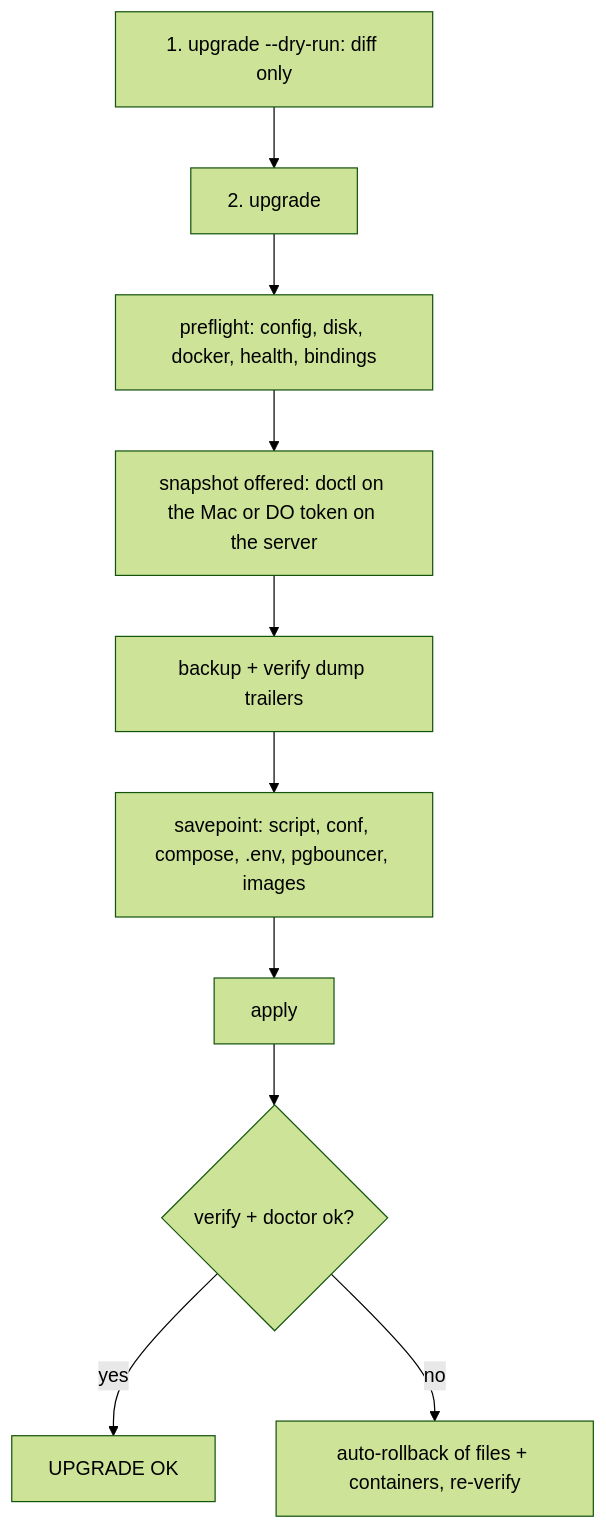
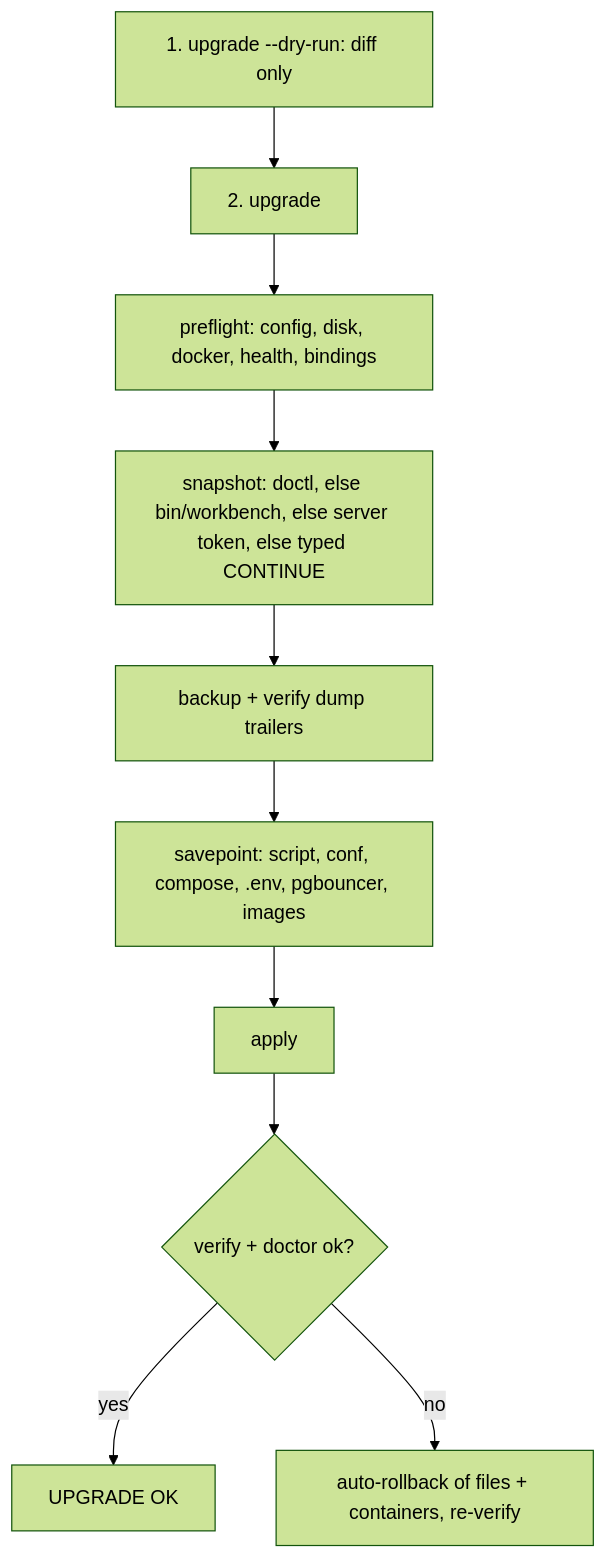
The diagram in docs/recipes/roll-out-a-manager-upgrade.md (simtabi/server-infra-workbench), drawn with Mermaid (forest theme) before and after one commit. The commit also changed other lines of this file and 3 other files, not shown here.

First line of the commit message:
remote-run: snapshot fallback chain doctl -> bin/workbench -> server token -> confirmed skip

````diff
--- a/docs/recipes/roll-out-a-manager-upgrade.md
+++ b/docs/recipes/roll-out-a-manager-upgrade.md
@@ -10,12 +10,12 @@
 ```mermaid
 flowchart TD
   A[1. upgrade --dry-run: diff only] --> B[2. upgrade]
   B --> P[preflight: config, disk, docker, health, bindings]
-  P --> S[snapshot offered: doctl on the Mac or DO token on the server]
+  P --> S[snapshot: doctl, else bin/workbench, else server token, else typed CONTINUE]
   S --> K[backup + verify dump trailers]
   K --> V[savepoint: script, conf, compose, .env, pgbouncer, images]
   V --> X[apply]
   X --> Y{verify + doctor ok?}
   Y -- yes --> Z[UPGRADE OK]
   Y -- no --> R[auto-rollback of files + containers, re-verify]
 ```
````
